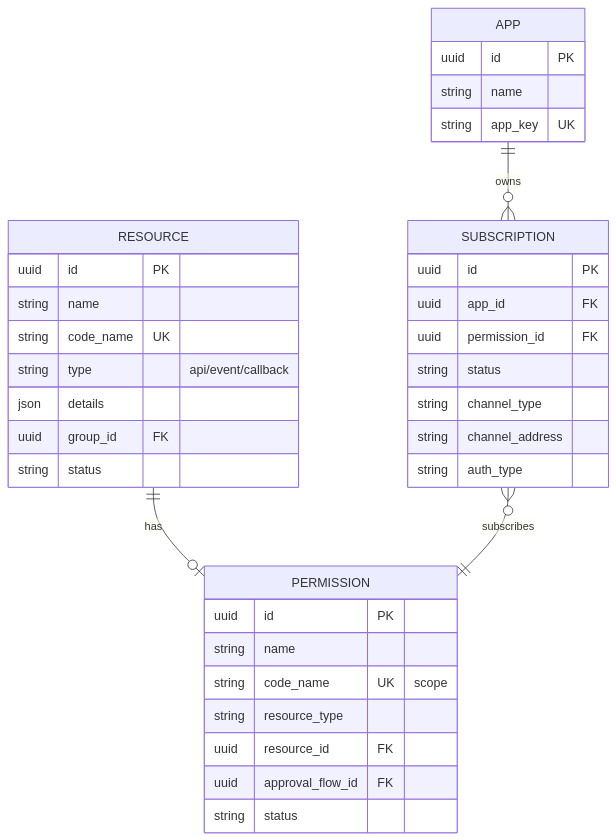
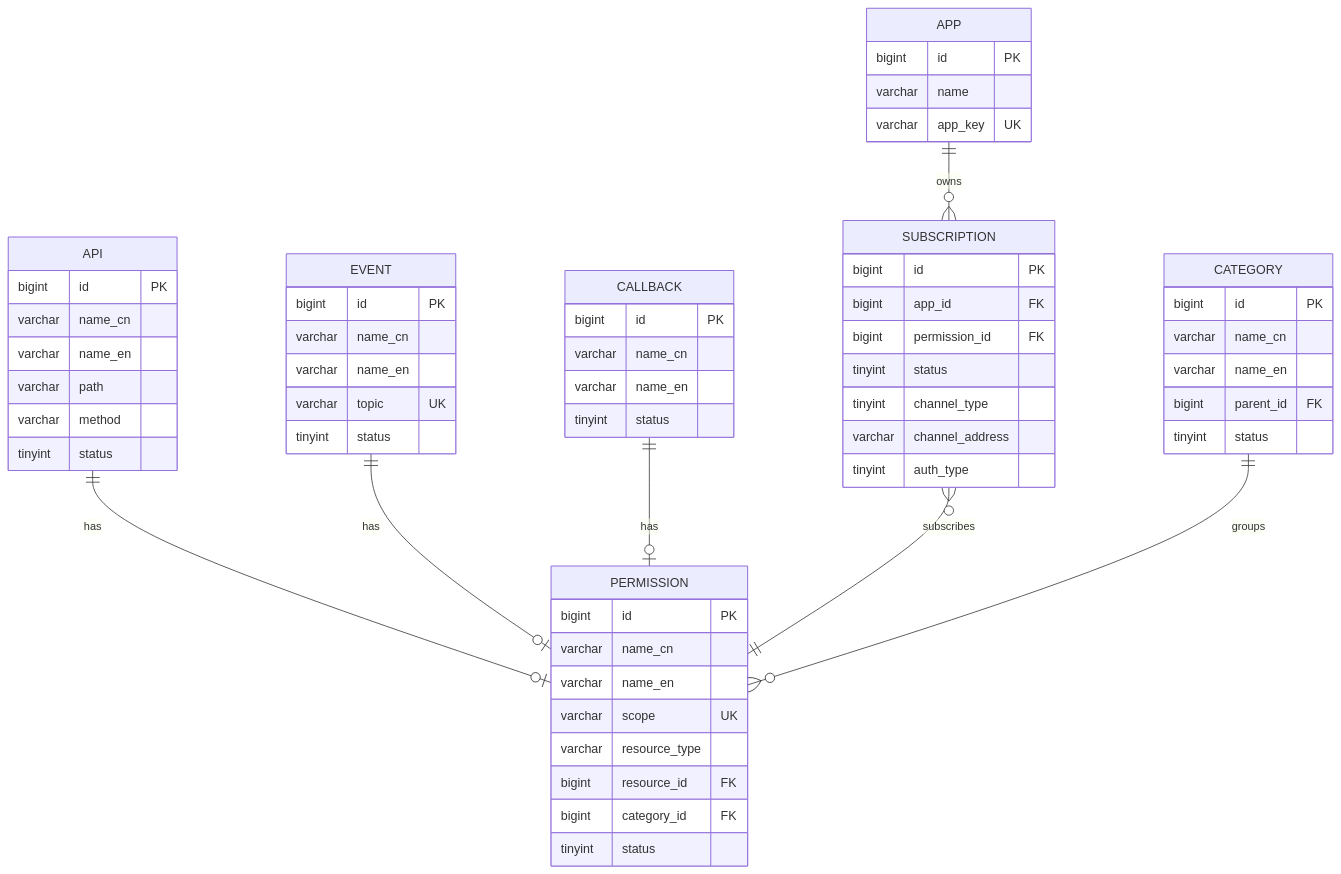
Before and after one commit to THZSummer/open-app: the first of 2 diagrams in .sddu/specs-tree-root/specs-tree-capability-open-platform/ADR-003.md, drawn with Mermaid. The commit also changed other lines of this file and 1 other file, not shown here.

First line of the commit message:
refactor(plan): 移除 code_name 字段，简化 scope 命名

````diff
--- a/.sddu/specs-tree-root/specs-tree-capability-open-platform/ADR-003.md
+++ b/.sddu/specs-tree-root/specs-tree-capability-open-platform/ADR-003.md
@@ -38,42 +38,68 @@
 ```mermaid
 erDiagram
-    RESOURCE ||--o| PERMISSION : "has"
+    API ||--o| PERMISSION : "has"
+    EVENT ||--o| PERMISSION : "has"
+    CALLBACK ||--o| PERMISSION : "has"
     SUBSCRIPTION }o--|| PERMISSION : "subscribes"
     APP ||--o{ SUBSCRIPTION : "owns"
+    CATEGORY ||--o{ PERMISSION : "groups"
     
-    RESOURCE {
-        uuid id PK
-        string name
-        string code_name UK
-        string type "api/event/callback"
-        json details
-        uuid group_id FK
-        string status
+    API {
+        bigint id PK
+        varchar name_cn
+        varchar name_en
+        varchar path
+        varchar method
+        tinyint status
+    }
+    
+    EVENT {
+        bigint id PK
+        varchar name_cn
+        varchar name_en
+        varchar topic UK
+        tinyint status
+    }
+    
+    CALLBACK {
+        bigint id PK
+        varchar name_cn
+        varchar name_en
+        tinyint status
     }
     
     PERMISSION {
-        uuid id PK
-        string name
-        string code_name UK "scope"
-        string resource_type
-        uuid resource_id FK
-        uuid approval_flow_id FK
-        string status
+        bigint id PK
+        varchar name_cn
+        varchar name_en
+        varchar scope UK
+        varchar resource_type
+        bigint resource_id FK
+        bigint category_id FK
+        tinyint status
     }
     
     SUBSCRIPTION {
-        uuid id PK
-        uuid app_id FK
-        uuid permission_id FK
-        string status
-        string channel_type
-        string channel_address
-        string auth_type
+        bigint id PK
+        bigint app_id FK
+        bigint permission_id FK
+        tinyint status
+        tinyint channel_type
+        varchar channel_address
+        tinyint auth_type
     }
     
     APP {
-        uuid id PK
-        string name
-        string app_key UK
+        bigint id PK
+        varchar name
+        varchar app_key UK
+    }
+    
+    CATEGORY {
+        bigint id PK
+        varchar name_cn
+        varchar name_en
+        bigint parent_id FK
+        tinyint status
     }
 ```
````
